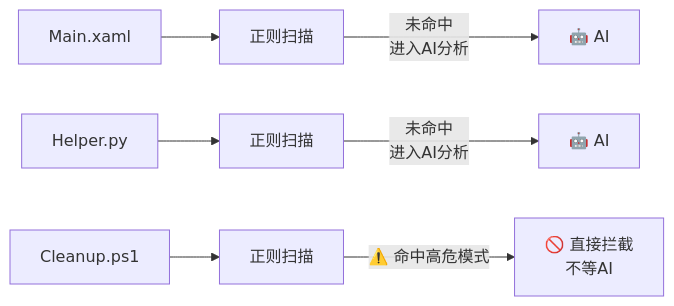
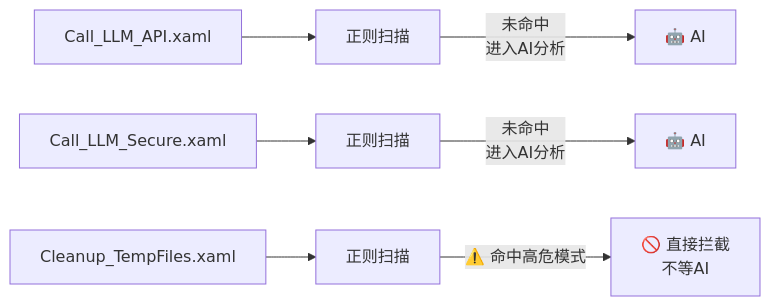
The second of 4 diagrams in CN/03-first-analysis.md (PolyUxAISecurity/AgentSec-UserDoc), drawn with Mermaid before and after one commit. The commit also changed other lines of this file and 175 other files, not shown here.

````diff
--- a/CN/03-first-analysis.md
+++ b/CN/03-first-analysis.md
@@ -56,10 +62,10 @@
 ```mermaid
 graph LR
-    A[Main.xaml] --> B1[正则扫描]
-    C[Helper.py] --> B2[正则扫描]
-    D[Cleanup.ps1] --> B3[正则扫描]
+    A[Call_LLM_API.xaml] --> B1[正则扫描]
+    C[Call_LLM_Secure.xaml] --> B2[正则扫描]
+    D[Cleanup_TempFiles.xaml] --> B3[正则扫描]
     
     B1 -->|"未命中<br/>进入AI分析"| E1[🤖 AI]
     B2 -->|"未命中<br/>进入AI分析"| E2[🤖 AI]
     B3 -->|"⚠️ 命中高危模式"| F["🚫 直接拦截<br/>不等AI"]
 ```
````
